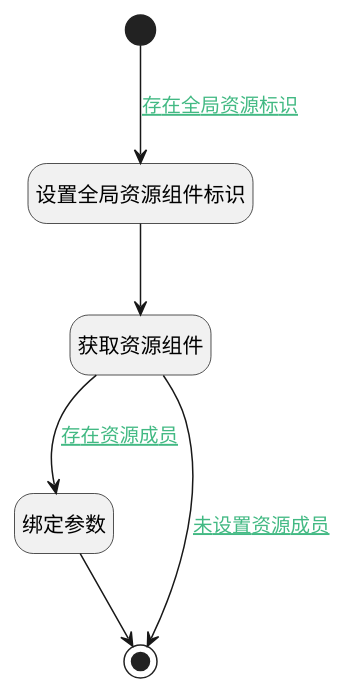
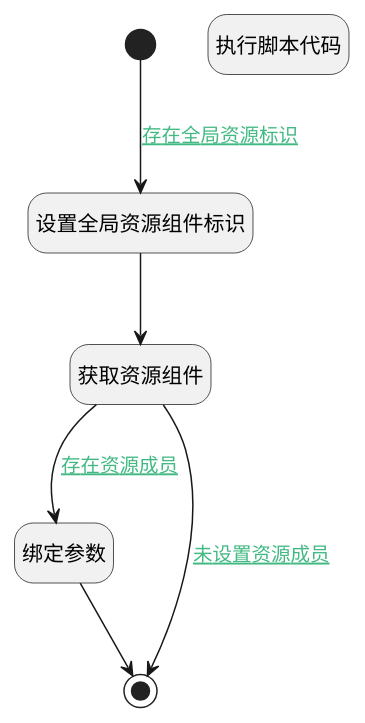
One commit to iBizLab/plm changed the diagram in doc/docsify/module/Base/member/logic/resource_member.md. Above: the diagram before and after it, drawn with PlantUML. The commit also changed other lines of this file and 480 other files, not shown here.

````diff
--- a/doc/docsify/module/Base/member/logic/resource_member.md
+++ b/doc/docsify/module/Base/member/logic/resource_member.md
@@ -7,26 +7,27 @@
 ```plantuml
 @startuml
 hide empty description
 <style>
 root {
   HyperlinkColor #42b983
 }
 </style>
 
 hide empty description
 state "开始" as Begin <<start>> [[$./resource_member#begin {"开始"}]]
 state "设置全局资源组件标识" as PREPAREPARAM1  [[$./resource_member#prepareparam1 {"设置全局资源组件标识"}]]
+state "绑定参数" as BINDPARAM1  [[$./resource_member#bindparam1 {"绑定参数"}]]
 state "获取资源组件" as DEACTION1  [[$./resource_member#deaction1 {"获取资源组件"}]]
-state "绑定参数" as BINDPARAM1  [[$./resource_member#bindparam1 {"绑定参数"}]]
 state "结束" as END1 <<end>> [[$./resource_member#end1 {"结束"}]]
+state "执行脚本代码" as RAWSFCODE1  [[$./resource_member#rawsfcode1 {"执行脚本代码"}]]
 
 
 Begin --> PREPAREPARAM1 : [[$./resource_member#begin-prepareparam1{存在全局资源标识} 存在全局资源标识]]
 PREPAREPARAM1 --> DEACTION1
 DEACTION1 --> BINDPARAM1 : [[$./resource_member#deaction1-bindparam1{存在资源成员} 存在资源成员]]
 BINDPARAM1 --> END1
 DEACTION1 --> END1 : [[$./resource_member#deaction1-end1{未设置资源成员} 未设置资源成员]]
 
 
 @enduml
 ```
````
